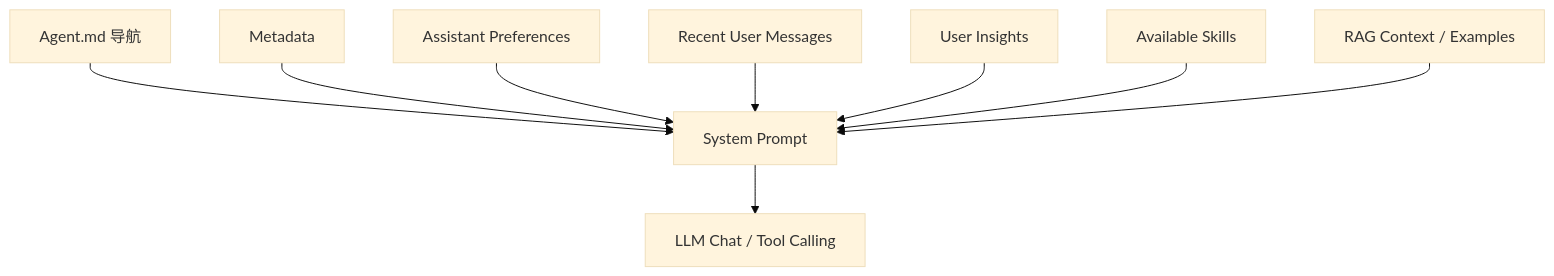
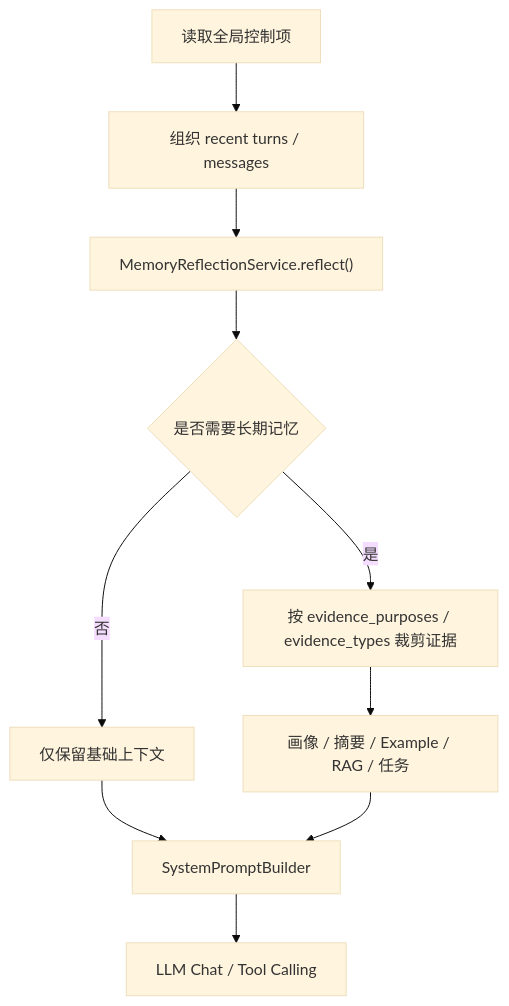
One commit to leochame/memory-system changed the sixth of 9 diagrams in 毕设文档/毕业论文初稿.md. Above: the diagram before and after it, drawn with Mermaid (base theme). The commit also changed other lines of this file and 23 other files, not shown here.

````diff
--- a/毕设文档/毕业论文初稿.md
+++ b/毕设文档/毕业论文初稿.md
@@ -355,11 +374,12 @@
 ```mermaid
 flowchart TD
-    A["Agent.md 导航"] --> P["System Prompt"]
-    B["Metadata"] --> P
-    C["Assistant Preferences"] --> P
-    D["Recent User Messages"] --> P
-    E["User Insights"] --> P
-    F["Available Skills"] --> P
-    G["RAG Context / Examples"] --> P
-    P --> H["LLM Chat / Tool Calling"]
+    A["读取全局控制项"] --> B["组织 recent turns / messages"]
+    B --> C["MemoryReflectionService.reflect()"]
+    C --> D{"是否需要长期记忆"}
+    D -->|否| G["仅保留基础上下文"]
+    D -->|是| E["按 evidence_purposes / evidence_types 裁剪证据"]
+    E --> F["画像 / 摘要 / Example / RAG / 任务"]
+    G --> H["SystemPromptBuilder"]
+    F --> H
+    H --> I["LLM Chat / Tool Calling"]
 ```
````
